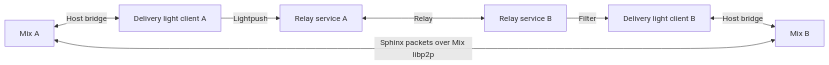
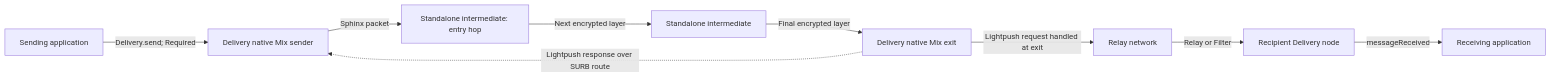
Before and after one commit to logos-co/logos-libp2p-mix-rln: the second of 3 diagrams in README.md, drawn with Mermaid. The commit also changed other lines of this file and 18 other files, not shown here.

Commit message:
feat(rln): integrate shared proofs and native Delivery Mix

````diff
--- a/README.md
+++ b/README.md
@@ -469,9 +83,11 @@
 ```mermaid
 flowchart LR
-    MA[Mix A] <-->|Host bridge| DA[Delivery light client A]
-    DA -->|Lightpush| RA[Relay service A]
-    RA <-->|Relay| RB[Relay service B]
-    RB -->|Filter| DB[Delivery light client B]
-    DB <-->|Host bridge| MB[Mix B]
-    MA <-->|Sphinx packets over Mix libp2p| MB
+    App[Sending application] -->|Delivery.send; Required| S[Delivery native Mix sender]
+    S -->|Sphinx packet| I1[Standalone intermediate: entry hop]
+    I1 -->|Next encrypted layer| I2[Standalone intermediate]
+    I2 -->|Final encrypted layer| E[Delivery native Mix exit]
+    E -->|Lightpush request handled at exit| R[Relay network]
+    R -->|Relay or Filter| D[Recipient Delivery node]
+    D -->|messageReceived| Receiver[Receiving application]
+    E -.->|Lightpush response over SURB route| S
 ```
````
